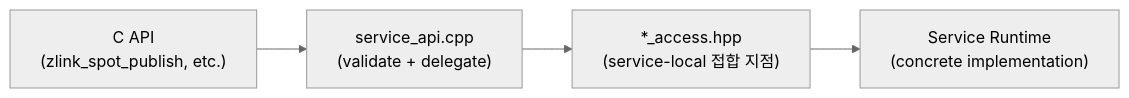
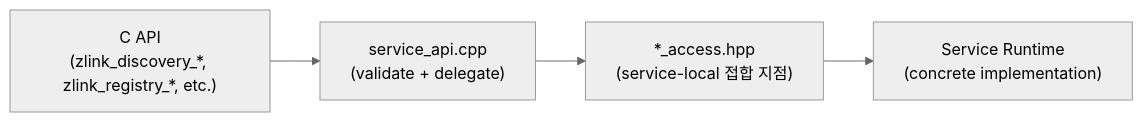
One commit to kairos-code-dev/zlink changed the second of 3 diagrams in doc/guide/07-0-services.ko.md. Above: the diagram before and after it, drawn with Mermaid (neutral theme). The commit also changed 62 other files, not shown here.

````diff
--- a/doc/guide/07-0-services.ko.md
+++ b/doc/guide/07-0-services.ko.md
@@ -120,6 +120,6 @@
 ```mermaid
 flowchart LR
-    A["C API<br/>(zlink_spot_publish, etc.)"] --> B["service_api.cpp<br/>(validate + delegate)"]
+    A["C API<br/>(zlink_discovery_*, zlink_registry_*, etc.)"] --> B["service_api.cpp<br/>(validate + delegate)"]
     B --> C["*_access.hpp<br/>(service-local 접합 지점)"]
     C --> D["Service Runtime<br/>(concrete implementation)"]
 ```
````
